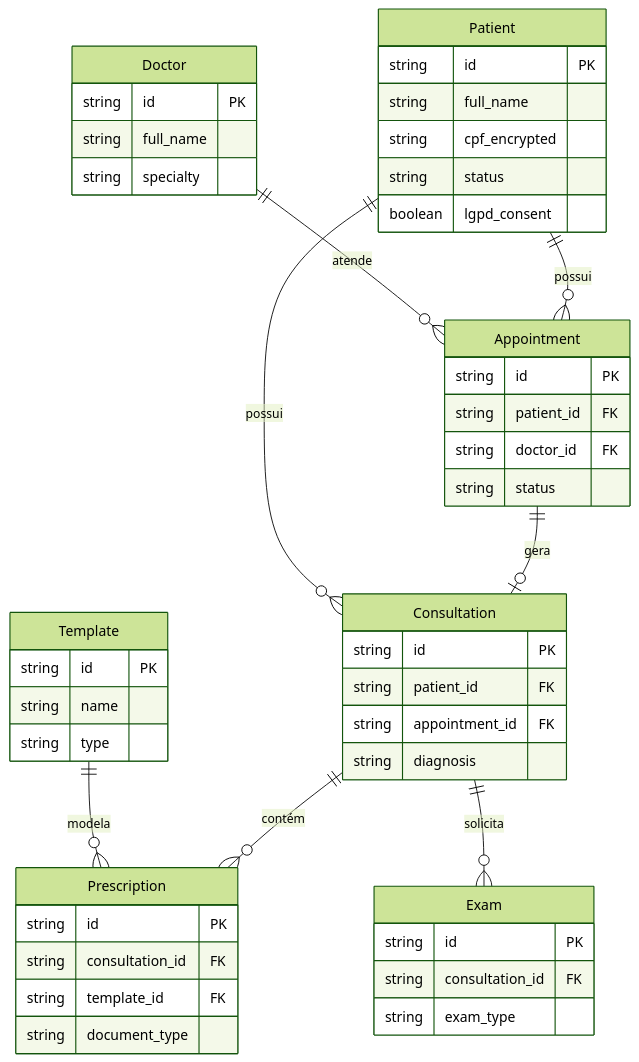
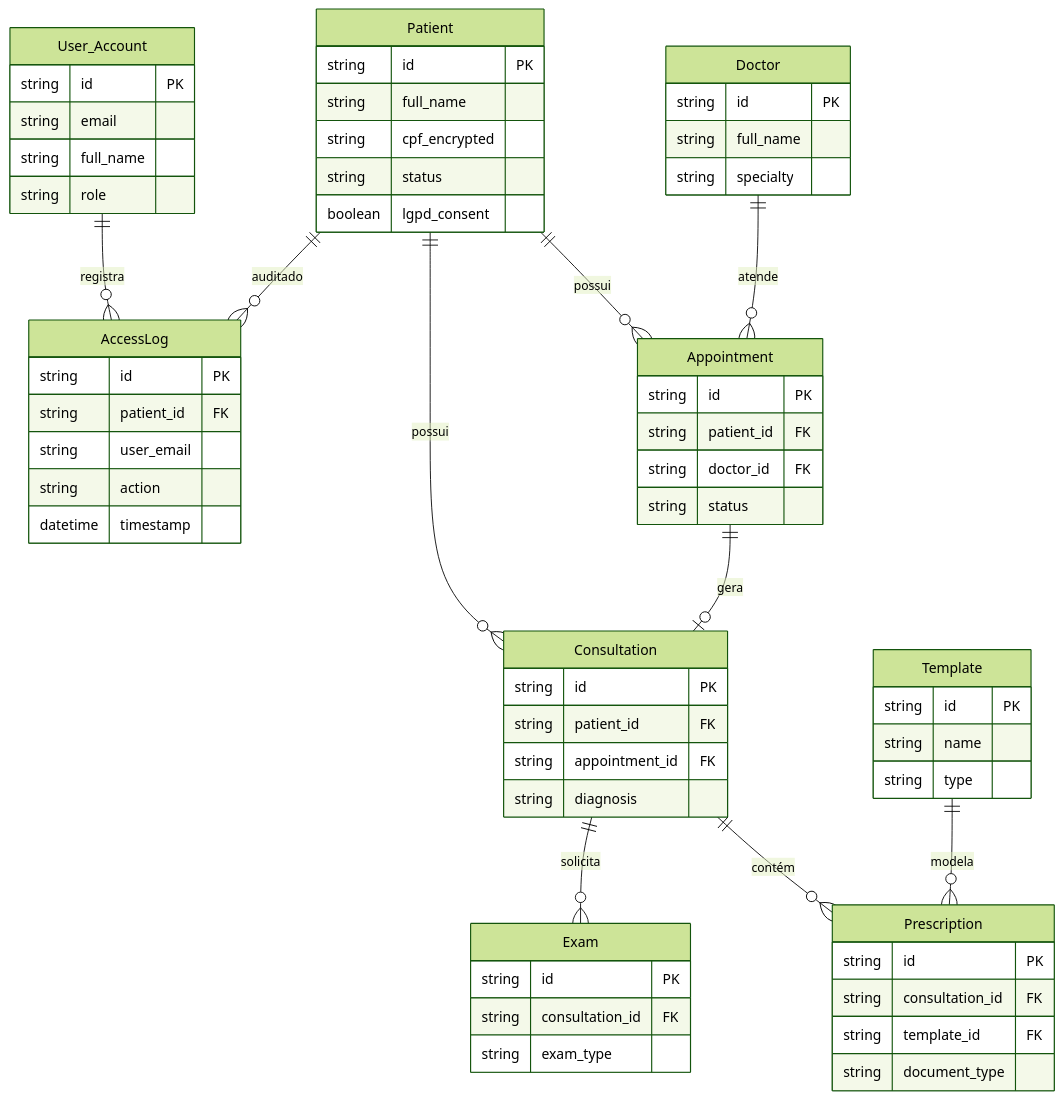
Before and after one commit to Adriano1976/prontuario-facil: the third of 4 diagrams in README.md, drawn with Mermaid (forest theme). The commit also changed other lines of this file, not shown here.

````diff
--- a/README.md
+++ b/README.md
@@ -217,57 +229,74 @@
 ```mermaid
 erDiagram
     Patient ||--o{ Appointment : "possui"
     Doctor ||--o{ Appointment : "atende"
     Appointment ||--o| Consultation : "gera"
     Patient ||--o{ Consultation : "possui"
     Consultation ||--o{ Prescription : "contém"
     Consultation ||--o{ Exam : "solicita"
     Template ||--o{ Prescription : "modela"
+    Patient ||--o{ AccessLog : "auditado"
+    User_Account ||--o{ AccessLog : "registra"
 
     Patient {
         string id PK
         string full_name
         string cpf_encrypted
         string status
         boolean lgpd_consent
     }
 
     Doctor {
         string id PK
         string full_name
         string specialty
     }
 
     Appointment {
         string id PK
         string patient_id FK
         string doctor_id FK
         string status
     }
 
     Consultation {
         string id PK
         string patient_id FK
         string appointment_id FK
         string diagnosis
     }
 
     Prescription {
         string id PK
         string consultation_id FK
         string template_id FK
         string document_type
     }
 
     Exam {
         string id PK
         string consultation_id FK
         string exam_type
     }
 
     Template {
         string id PK
         string name
         string type
     }
+
+    AccessLog {
+        string id PK
+        string patient_id FK
+        string user_email
+        string action
+        datetime timestamp
+    }
+
+    User_Account {
+        string id PK
+        string email
+        string full_name
+        string role
+    }
 ```
````
